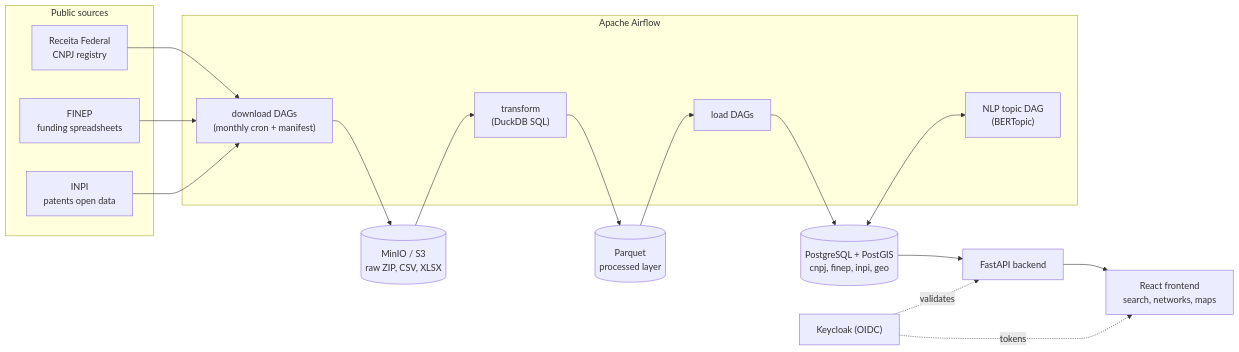
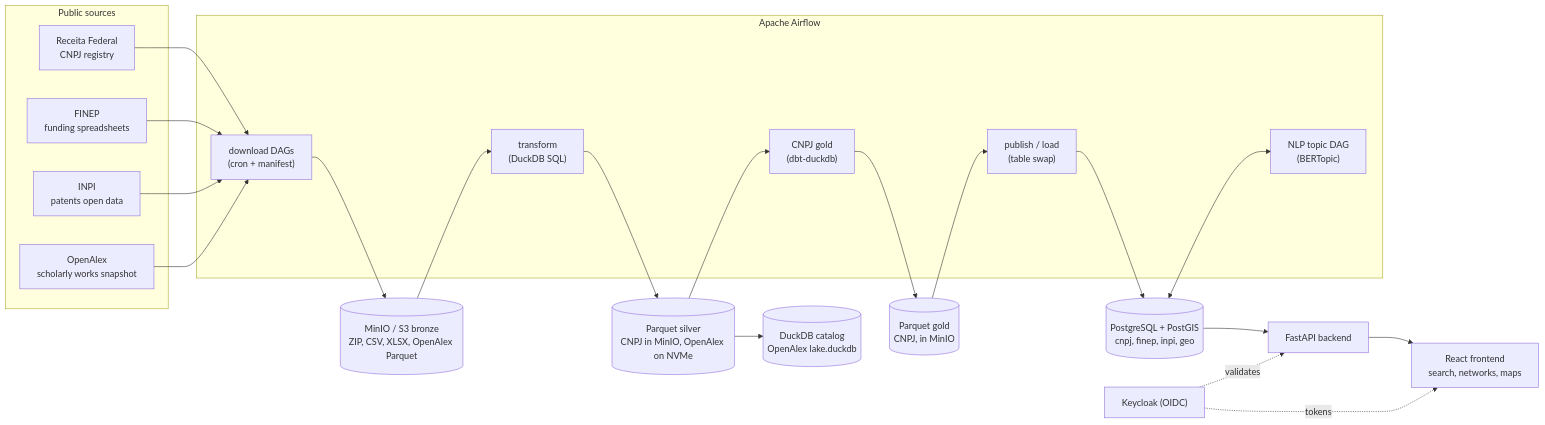
The diagram in README.md (rodfileto/osint-platform), drawn with Mermaid before and after one commit. The commit also changed other lines of this file and 2 other files, not shown here.

First line of the commit message:
Document the gold layer and the OpenAlex lake in the READMEs

````diff
--- a/README.md
+++ b/README.md
@@ -59,29 +59,34 @@
 ```mermaid
 flowchart LR
     subgraph Sources["Public sources"]
         RF["Receita Federal<br/>CNPJ registry"]
         FINEP["FINEP<br/>funding spreadsheets"]
         INPI["INPI<br/>patents open data"]
+        OPENALEX["OpenAlex<br/>scholarly works snapshot"]
     end
 
     subgraph Airflow["Apache Airflow"]
-        DL["download DAGs<br/>(monthly cron + manifest)"]
+        DL["download DAGs<br/>(cron + manifest)"]
         TR["transform<br/>(DuckDB SQL)"]
-        LD["load DAGs"]
+        GOLD["CNPJ gold<br/>(dbt-duckdb)"]
+        LD["publish / load<br/>(table swap)"]
         NLP["NLP topic DAG<br/>(BERTopic)"]
     end
 
-    RAW[("MinIO / S3<br/>raw ZIP, CSV, XLSX")]
-    PQ[("Parquet<br/>processed layer")]
+    RAW[("MinIO / S3 bronze<br/>ZIP, CSV, XLSX, OpenAlex Parquet")]
+    PQ[("Parquet silver<br/>CNPJ in MinIO, OpenAlex on NVMe")]
+    GQ[("Parquet gold<br/>CNPJ, in MinIO")]
+    CAT[("DuckDB catalog<br/>OpenAlex lake.duckdb")]
     PG[("PostgreSQL + PostGIS<br/>cnpj, finep, inpi, geo")]
     API["FastAPI backend"]
     UI["React frontend<br/>search, networks, maps"]
     KC["Keycloak (OIDC)"]
 
-    RF & FINEP & INPI --> DL --> RAW --> TR --> PQ --> LD
-    LD --> PG
+    RF & FINEP & INPI & OPENALEX --> DL --> RAW --> TR --> PQ
+    PQ --> GOLD --> GQ --> LD --> PG
+    PQ --> CAT
     PG <--> NLP
     PG --> API --> UI
     KC -. tokens .-> UI
     KC -. validates .-> API
 ```
````
